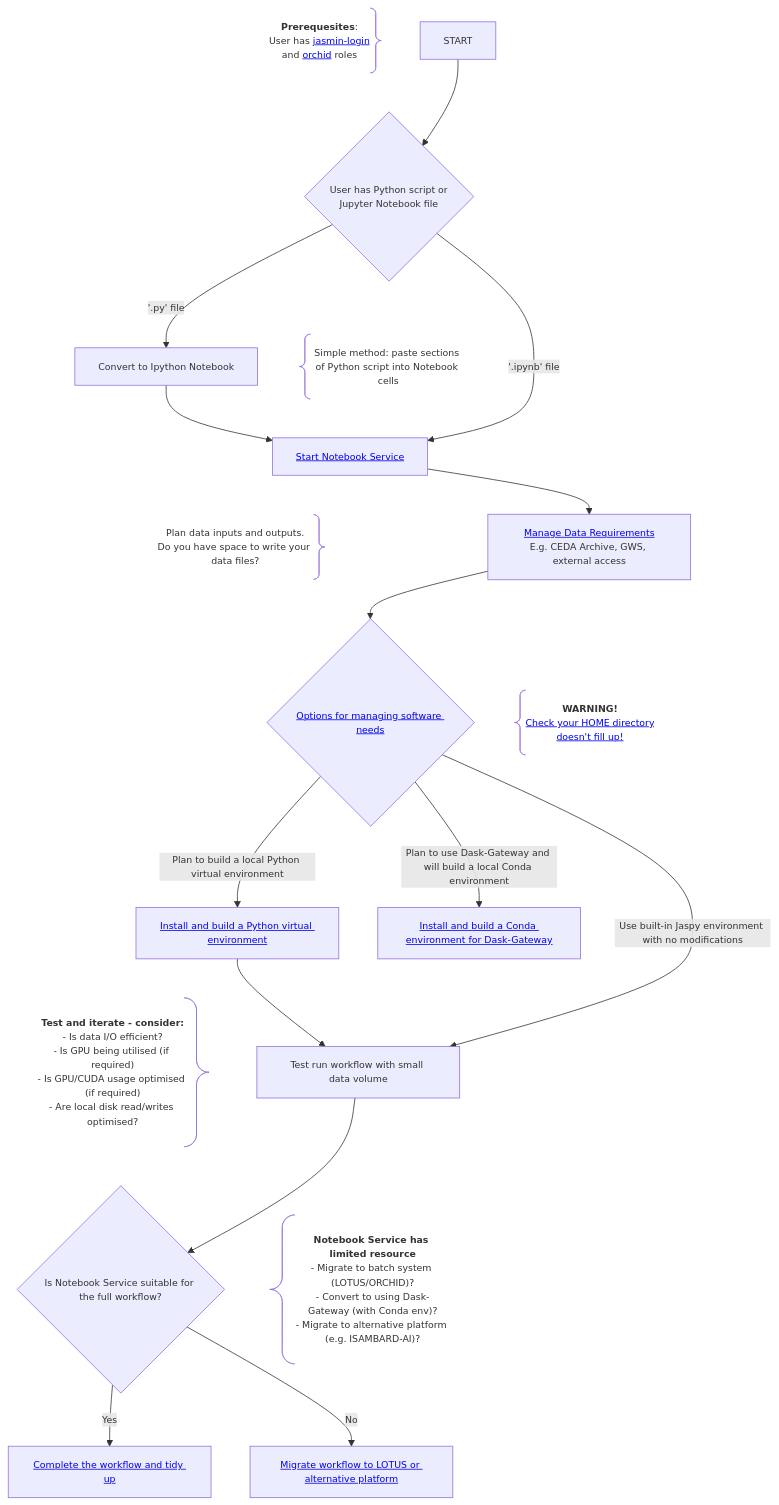
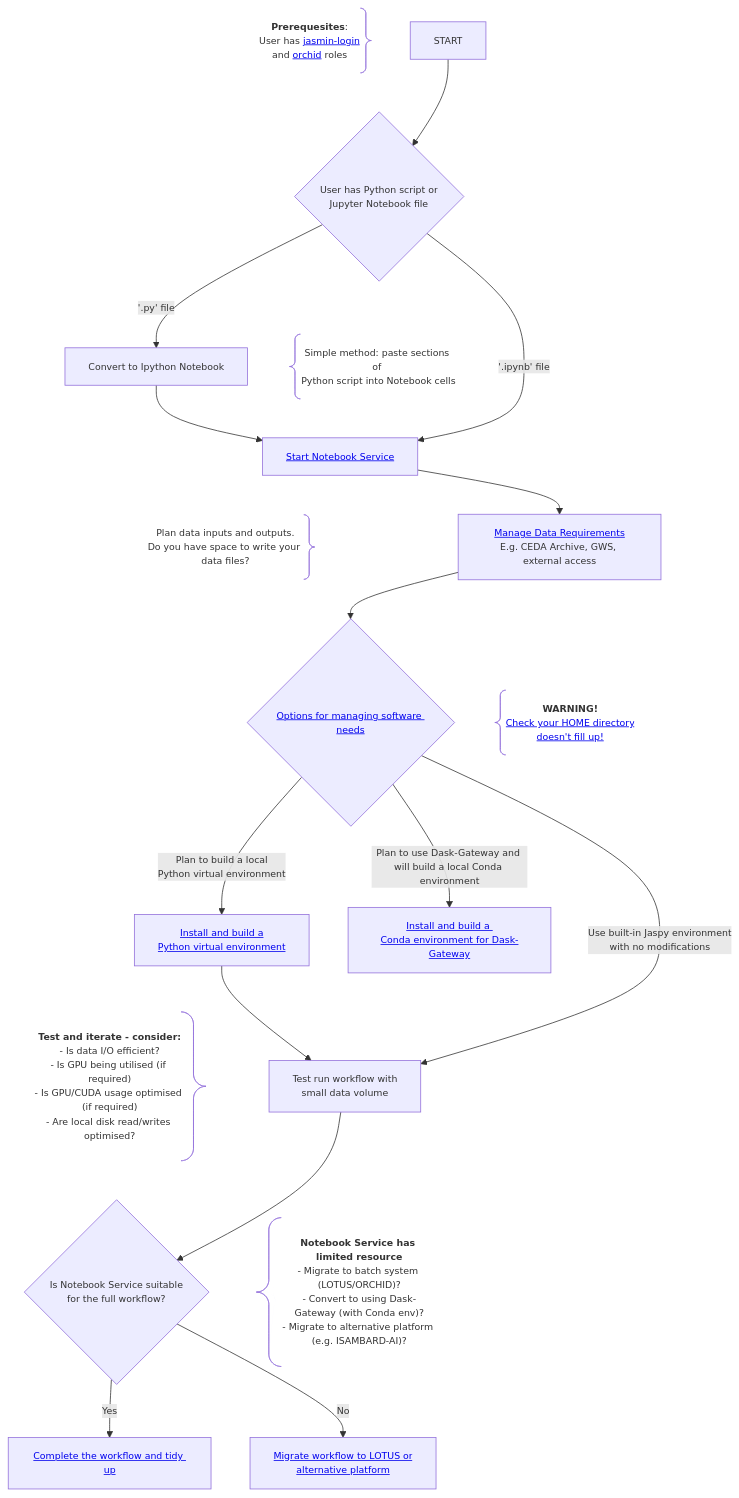
Before and after one commit to agstephens/proto-jasmin-mermaid-docs: the first of 3 diagrams in README.md, drawn with Mermaid.

Commit message:
Tidied newlines

````diff
--- a/README.md
+++ b/README.md
@@ -13,49 +13,49 @@
 ```mermaid
 ---
 config:
   theme: 'default'
   themeVariables:
     fontSize: 9pt
 ---
  flowchart TD
     START --> PY_IPYNB{User has Python script or <br/>Jupyter Notebook file}
 
     C1@{ shape: brace-r, label: "<b>Prerequesites</b>:
         User has <a href='http://help.jasmin.ac.uk/docs/getting-started/get-login-account/'>jasmin-login</a> 
         and <a href='https://help.jasmin.ac.uk/docs/batch-computing/orchid-gpu-cluster/#request-access-to-orchid'>orchid</a> roles" } ~~~ PY_IPYNB
 
     PY_IPYNB -->|'.ipynb' file| START_NBS[<a href="https://help.jasmin.ac.uk/docs/interactive-computing/jasmin-notebooks-service/#using-the-jasmin-notebook-service">Start Notebook Service</a>]
     PY_IPYNB -->|'.py' file| CONVERT_PY[Convert to Ipython Notebook]
 
-    PY_IPYNB ~~~ C2@{ shape: brace-l, label: "Simple method: paste sections of Python script into Notebook cells"}
+    PY_IPYNB ~~~ C2@{ shape: brace-l, label: "Simple method: paste sections of <br/>Python script into Notebook cells"}
 
     CONVERT_PY --> START_NBS
     START_NBS ~~~ C3@{ shape: brace-r, label: "Plan data inputs and outputs.<br/>Do you have space to write your data files?"}
     
     START_NBS --> DATA_NEEDS[<a href="https://github.com/agstephens/proto-jasmin-mermaid-docs/blob/main/README.md#managing-data-access">Manage Data Requirements</a><br/>E.g. CEDA Archive, GWS, external access]
 
     DATA_NEEDS --> SW_NEEDS{<a href="https://github.com/agstephens/proto-jasmin-mermaid-docs/blob/main/README.md#software-management">Options for managing software needs</a>}
 
-    SW_NEEDS -->|Use built-in Jaspy environment with no modifications| TEST_RUN[Test run workflow with small data volume]
-    SW_NEEDS -->|Plan to build a local Python virtual environment| VENV_INSTALL[<a href="https://github.com/agstephens/proto-jasmin-mermaid-docs/blob/main/README.md#building-virtual-environments">Install and build a Python virtual environment</a>]
-    SW_NEEDS -->|Plan to use Dask-Gateway and will build a local Conda environment| CONDA_INSTALL[<a href="https://github.com/agstephens/proto-jasmin-mermaid-docs/blob/main/README.md#using-dask-gateway">Install and build a Conda environment for Dask-Gateway</a>]
+    SW_NEEDS -->|Use built-in Jaspy environment <br/>with no modifications| TEST_RUN[Test run workflow with <br/>small data volume]
+    SW_NEEDS -->|Plan to build a local <br/>Python virtual environment| VENV_INSTALL[<a href="https://github.com/agstephens/proto-jasmin-mermaid-docs/blob/main/README.md#building-virtual-environments">Install and build a <br/>Python virtual environment</a>]
+    SW_NEEDS -->|Plan to use Dask-Gateway and <br/>will build a local Conda environment| CONDA_INSTALL[<a href="https://github.com/agstephens/proto-jasmin-mermaid-docs/blob/main/README.md#using-dask-gateway">Install and build a <br/>Conda environment for Dask-Gateway</a>]
 
     DATA_NEEDS ~~~ C4@{ shape: brace-l, label: "<b>WARNING!</b><br/><a href='https://github.com/agstephens/proto-jasmin-mermaid-docs/blob/main/README.md#managing-your-home-directory'>Check your HOME directory<br/>doesn't fill up!</a>"}
     VENV_INSTALL --> TEST_RUN
 
-    TEST_RUN --> FULL_RUN{Is Notebook Service suitable for the full workflow?}
+    TEST_RUN --> FULL_RUN{Is Notebook Service suitable <br/>for the full workflow?}
 
     C5@{ shape: brace-r, label: "<b>Test and iterate - consider:</b>
     - Is data I/O efficient?
     - Is GPU being utilised (if required)
     - Is GPU/CUDA usage optimised (if required)
     - Are local disk read/writes optimised?"} ~~~ FULL_RUN
 
     TEST_RUN ~~~ C6@{ shape: brace-l, label: "**Notebook Service has limited resource**
     - Migrate to batch system (LOTUS/ORCHID)?
     - Convert to using Dask-Gateway (with Conda env)?
     - Migrate to alternative platform (e.g. ISAMBARD-AI)?"}
 
     FULL_RUN -->|Yes| COMPLETE[<a href="https://github.com/agstephens/proto-jasmin-mermaid-docs/blob/main/README.md#workflow-completion">Complete the workflow and tidy up</a>]
-    FULL_RUN -->|No| MIGRATE[<a href="https://github.com/agstephens/proto-jasmin-mermaid-docs/blob/main/README.md#workflow-migration">Migrate workflow to LOTUS or alternative platform</a>]
+    FULL_RUN -->|No| MIGRATE[<a href="https://github.com/agstephens/proto-jasmin-mermaid-docs/blob/main/README.md#workflow-migration">Migrate workflow to LOTUS or <br/>alternative platform</a>]
 ```
````
